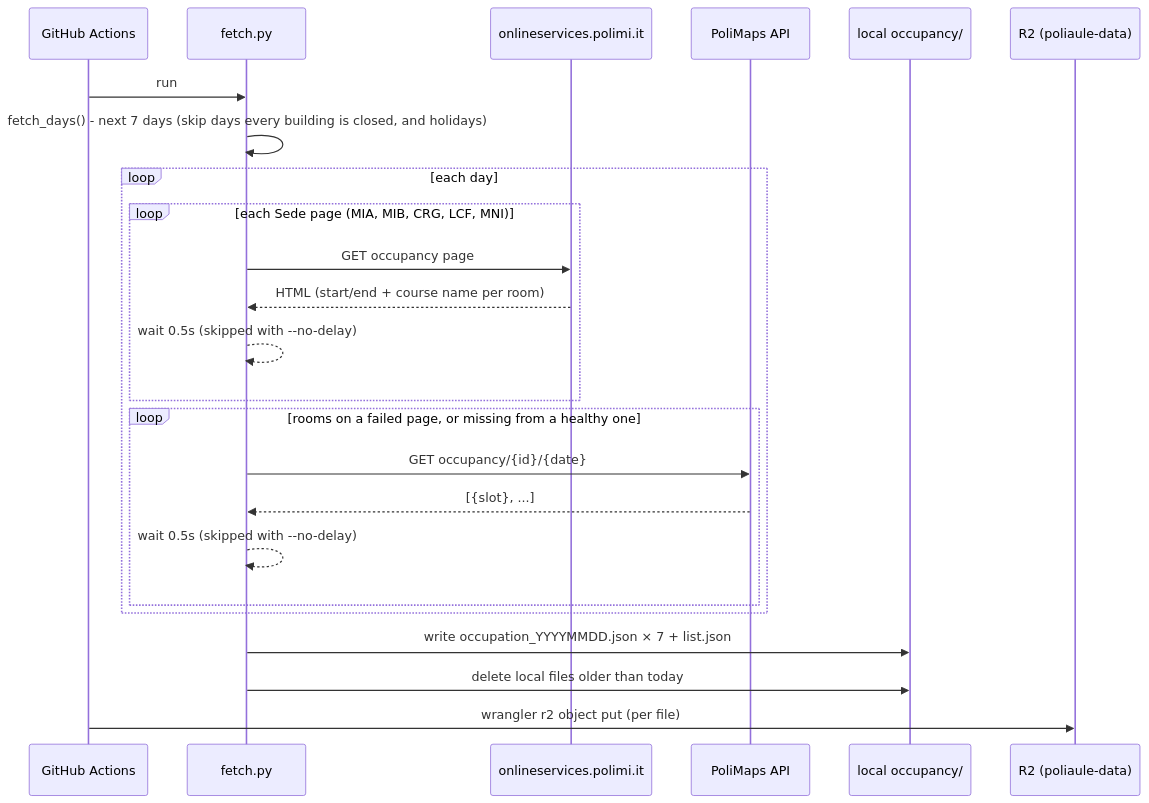
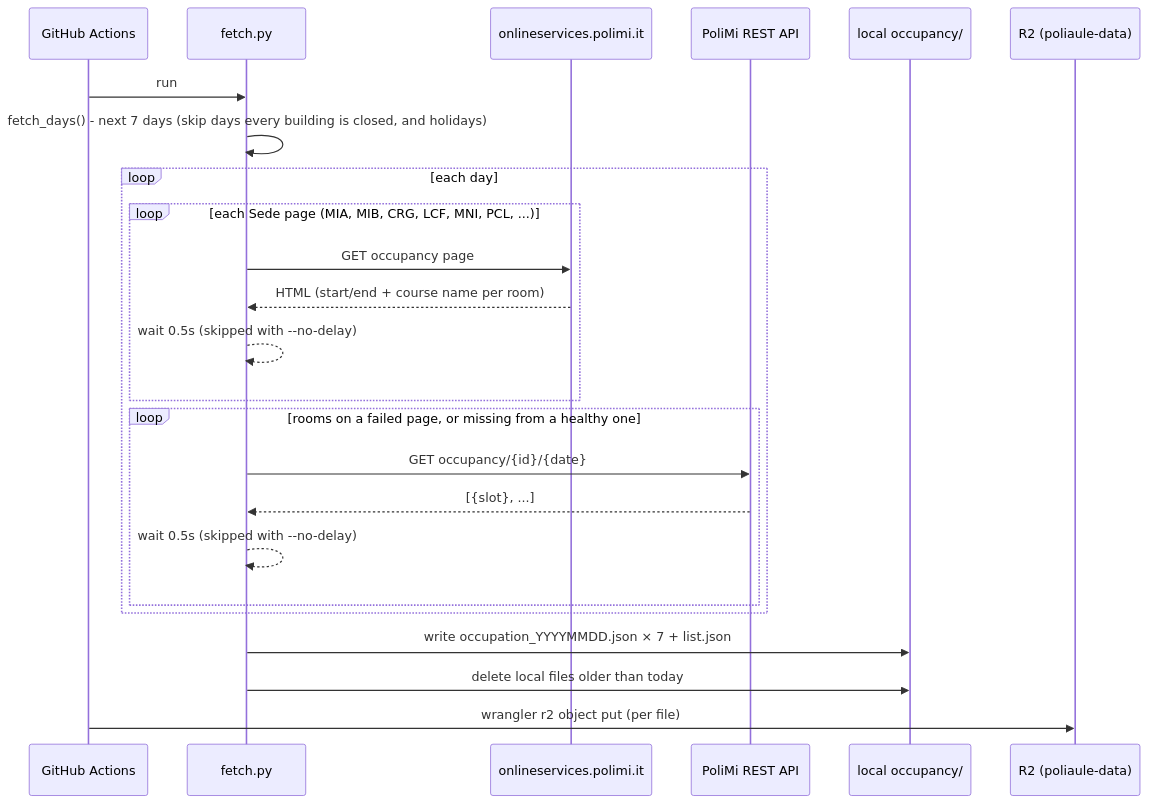
Before and after one commit to SummaCristian/PoliAule: the second of 4 diagrams in docs/architecture.md, drawn with Mermaid. The commit also changed other lines of this file and 4 other files, not shown here.

````diff
--- a/docs/architecture.md
+++ b/docs/architecture.md
@@ -88,27 +88,27 @@
 ```mermaid
 sequenceDiagram
     participant GHA as GitHub Actions
     participant PY as fetch.py
     participant NAMES as onlineservices.polimi.it
-    participant API as PoliMaps API
+    participant API as PoliMi REST API
     participant FS as local occupancy/
     participant R2 as R2 (poliaule-data)
 
     GHA->>PY: run
     PY->>PY: fetch_days() - next 7 days (skip days every building is closed, and holidays)
     loop each day
-        loop each Sede page (MIA, MIB, CRG, LCF, MNI)
+        loop each Sede page (MIA, MIB, CRG, LCF, MNI, PCL, ...)
             PY->>NAMES: GET occupancy page
             NAMES-->>PY: HTML (start/end + course name per room)
             PY-->>PY: wait 0.5s (skipped with --no-delay)
         end
         loop rooms on a failed page, or missing from a healthy one
             PY->>API: GET occupancy/{id}/{date}
             API-->>PY: [{slot}, ...]
             PY-->>PY: wait 0.5s (skipped with --no-delay)
         end
     end
     PY->>FS: write occupation_YYYYMMDD.json × 7 + list.json
     PY->>FS: delete local files older than today
     GHA->>R2: wrangler r2 object put (per file)
 ```
````
